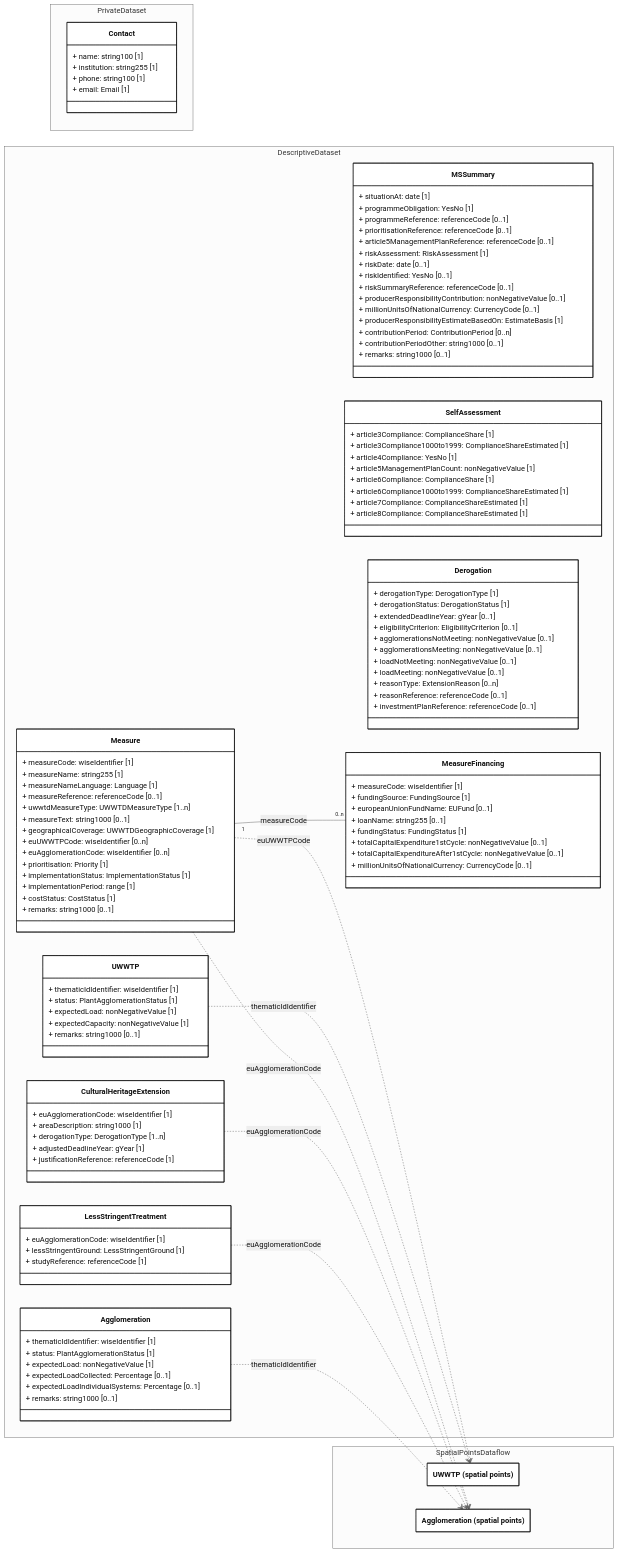
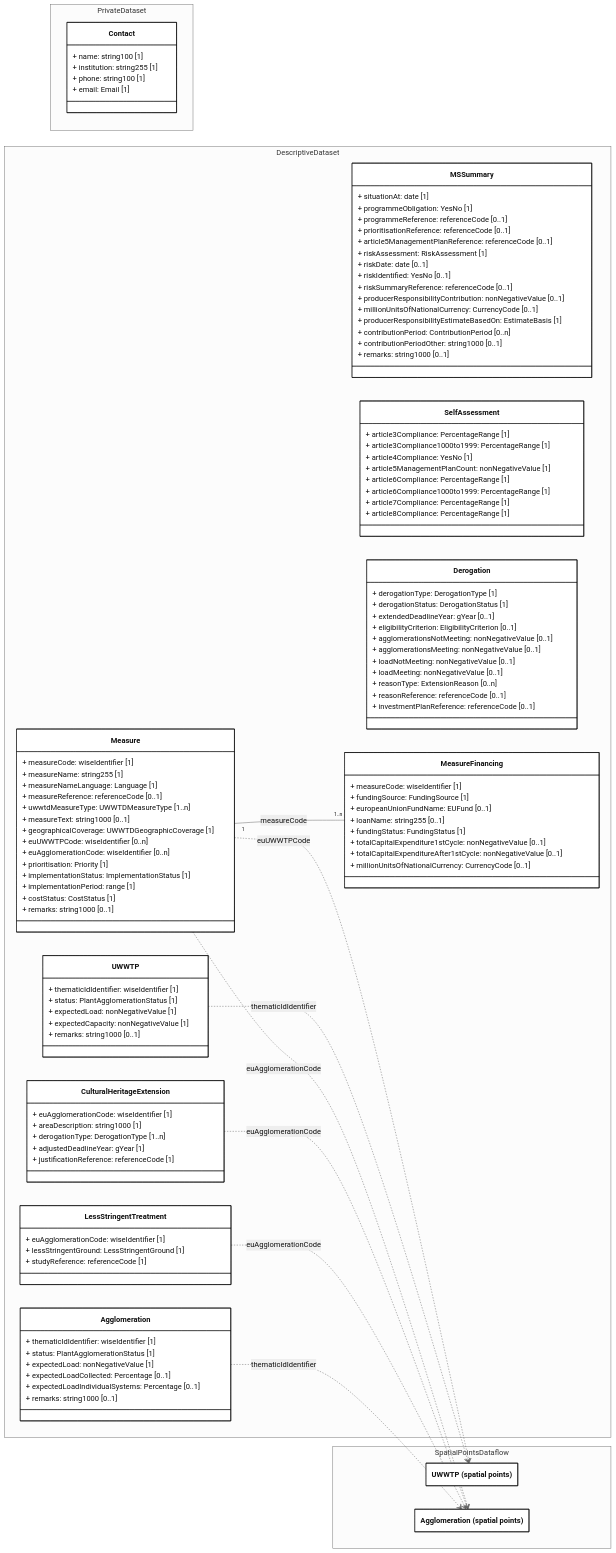
Before and after one commit to eeadata/WISE.UWWTD.Documentation: the diagram in docs/rUWWTD2024/Article23/mmd/Article23_Tables_ClassDiagram.mmd, drawn with Mermaid. The commit also changed 37 other files, not shown here.

First line of the commit message:
Article 23 0.2.0: compliance shares as percentage ranges, and a cost for every measure

```diff
--- a/docs/rUWWTD2024/Article23/mmd/Article23_Tables_ClassDiagram.mmd
+++ b/docs/rUWWTD2024/Article23/mmd/Article23_Tables_ClassDiagram.mmd
@@ -1,128 +1,128 @@
 ---
 config:
   class:
     hideEmptyMembersBox: true
   layout: dagre
   theme: neutral
 ---
 classDiagram
 direction LR
 
 namespace PrivateDataset {
     class Contact {
         + name: string100 [1]
         + institution: string255 [1]
         + phone: string100 [1]
         + email: Email [1]
     }
 }
 namespace DescriptiveDataset {
     class MSSummary {
         + situationAt: date [1]
         + programmeObligation: YesNo [1]
         + programmeReference: referenceCode [0..1]
         + prioritisationReference: referenceCode [0..1]
         + article5ManagementPlanReference: referenceCode [0..1]
         + riskAssessment: RiskAssessment [1]
         + riskDate: date [0..1]
         + riskIdentified: YesNo [0..1]
         + riskSummaryReference: referenceCode [0..1]
         + producerResponsibilityContribution: nonNegativeValue [0..1]
         + millionUnitsOfNationalCurrency: CurrencyCode [0..1]
         + producerResponsibilityEstimateBasedOn: EstimateBasis [1]
         + contributionPeriod: ContributionPeriod [0..n]
         + contributionPeriodOther: string1000 [0..1]
         + remarks: string1000 [0..1]
     }
     class SelfAssessment {
-        + article3Compliance: ComplianceShare [1]
-        + article3Compliance1000to1999: ComplianceShareEstimated [1]
+        + article3Compliance: PercentageRange [1]
+        + article3Compliance1000to1999: PercentageRange [1]
         + article4Compliance: YesNo [1]
         + article5ManagementPlanCount: nonNegativeValue [1]
-        + article6Compliance: ComplianceShare [1]
-        + article6Compliance1000to1999: ComplianceShareEstimated [1]
-        + article7Compliance: ComplianceShareEstimated [1]
-        + article8Compliance: ComplianceShareEstimated [1]
+        + article6Compliance: PercentageRange [1]
+        + article6Compliance1000to1999: PercentageRange [1]
+        + article7Compliance: PercentageRange [1]
+        + article8Compliance: PercentageRange [1]
     }
     class Derogation {
         + derogationType: DerogationType [1]
         + derogationStatus: DerogationStatus [1]
         + extendedDeadlineYear: gYear [0..1]
         + eligibilityCriterion: EligibilityCriterion [0..1]
         + agglomerationsNotMeeting: nonNegativeValue [0..1]
         + agglomerationsMeeting: nonNegativeValue [0..1]
         + loadNotMeeting: nonNegativeValue [0..1]
         + loadMeeting: nonNegativeValue [0..1]
         + reasonType: ExtensionReason [0..n]
         + reasonReference: referenceCode [0..1]
         + investmentPlanReference: referenceCode [0..1]
     }
     class CulturalHeritageExtension {
         + euAgglomerationCode: wiseIdentifier [1]
         + areaDescription: string1000 [1]
         + derogationType: DerogationType [1..n]
         + adjustedDeadlineYear: gYear [1]
         + justificationReference: referenceCode [1]
     }
     class LessStringentTreatment {
         + euAgglomerationCode: wiseIdentifier [1]
         + lessStringentGround: LessStringentGround [1]
         + studyReference: referenceCode [1]
     }
     class Measure {
         + measureCode: wiseIdentifier [1]
         + measureName: string255 [1]
         + measureNameLanguage: Language [1]
         + measureReference: referenceCode [0..1]
         + uwwtdMeasureType: UWWTDMeasureType [1..n]
         + measureText: string1000 [0..1]
         + geographicalCoverage: UWWTDGeographicCoverage [1]
         + euUWWTPCode: wiseIdentifier [0..n]
         + euAgglomerationCode: wiseIdentifier [0..n]
         + prioritisation: Priority [1]
         + implementationStatus: ImplementationStatus [1]
         + implementationPeriod: range [1]
         + costStatus: CostStatus [1]
         + remarks: string1000 [0..1]
     }
     class MeasureFinancing {
         + measureCode: wiseIdentifier [1]
         + fundingSource: FundingSource [1]
         + europeanUnionFundName: EUFund [0..1]
         + loanName: string255 [0..1]
         + fundingStatus: FundingStatus [1]
         + totalCapitalExpenditure1stCycle: nonNegativeValue [0..1]
         + totalCapitalExpenditureAfter1stCycle: nonNegativeValue [0..1]
         + millionUnitsOfNationalCurrency: CurrencyCode [0..1]
     }
     class UWWTP {
         + thematicIdIdentifier: wiseIdentifier [1]
         + status: PlantAgglomerationStatus [1]
         + expectedLoad: nonNegativeValue [1]
         + expectedCapacity: nonNegativeValue [1]
         + remarks: string1000 [0..1]
     }
     class Agglomeration {
         + thematicIdIdentifier: wiseIdentifier [1]
         + status: PlantAgglomerationStatus [1]
         + expectedLoad: nonNegativeValue [1]
         + expectedLoadCollected: Percentage [0..1]
         + expectedLoadIndividualSystems: Percentage [0..1]
         + remarks: string1000 [0..1]
     }
 }
 namespace SpatialPointsDataflow {
     class SpatialUWWTP["UWWTP (spatial points)"]
     class SpatialAgglomeration["Agglomeration (spatial points)"]
 }
 
-Measure "1" -- "0..n" MeasureFinancing : measureCode
+Measure "1" -- "1..n" MeasureFinancing : measureCode
 Measure ..> SpatialUWWTP : euUWWTPCode
 Measure ..> SpatialAgglomeration : euAgglomerationCode
 CulturalHeritageExtension ..> SpatialAgglomeration : euAgglomerationCode
 LessStringentTreatment ..> SpatialAgglomeration : euAgglomerationCode
 UWWTP ..> SpatialUWWTP : thematicIdIdentifier
 Agglomeration ..> SpatialAgglomeration : thematicIdIdentifier
 
 classDef default fill:white,stroke:#000;
 classDef forFixing fill:white,stroke:#f00;
```
